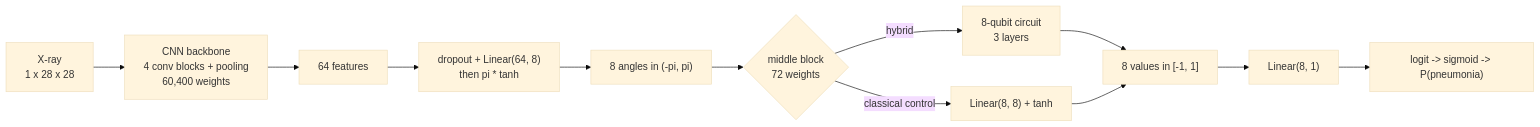
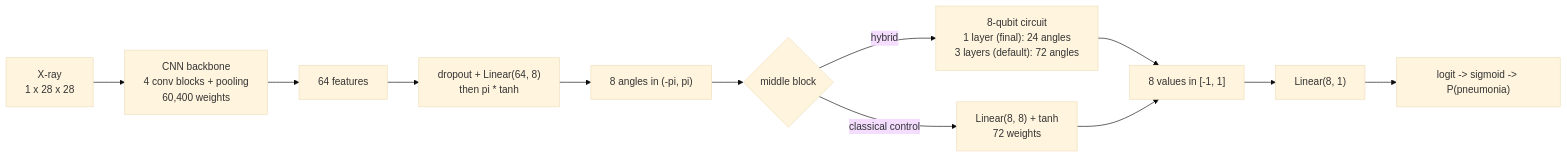
Before and after one commit to MNSTIC/Quantum-enhanced-medical-image-classification: the diagram in EXPLAINED.md, drawn with Mermaid (base theme). The commit also changed other lines of this file and 166 other files, not shown here.

````diff
--- a/EXPLAINED.md
+++ b/EXPLAINED.md
@@ -47,14 +47,14 @@
 ```mermaid
 flowchart LR
     A["X-ray<br/>1 x 28 x 28"] --> B["CNN backbone<br/>4 conv blocks + pooling<br/>60,400 weights"]
     B --> C["64 features"]
     C --> D["dropout + Linear(64, 8)<br/>then pi * tanh"]
     D --> E["8 angles in (-pi, pi)"]
-    E --> F{"middle block<br/>72 weights"}
-    F -->|hybrid| G["8-qubit circuit<br/>3 layers"]
-    F -->|classical control| H["Linear(8, 8) + tanh"]
+    E --> F{"middle block"}
+    F -->|hybrid| G["8-qubit circuit<br/>1 layer (final): 24 angles<br/>3 layers (default): 72 angles"]
+    F -->|classical control| H["Linear(8, 8) + tanh<br/>72 weights"]
     G --> I["8 values in [-1, 1]"]
     H --> I
     I --> J["Linear(8, 1)"]
     J --> K["logit -> sigmoid -> P(pneumonia)"]
 ```
````
